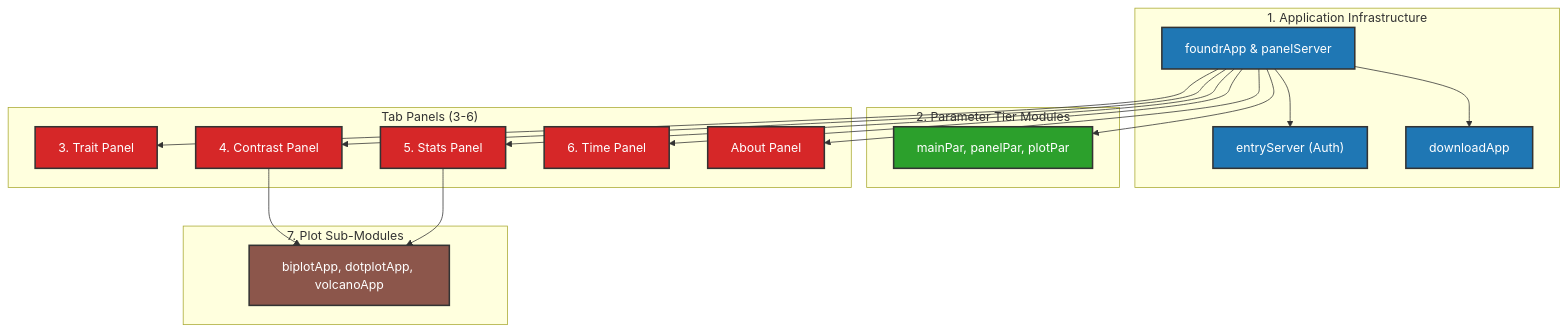
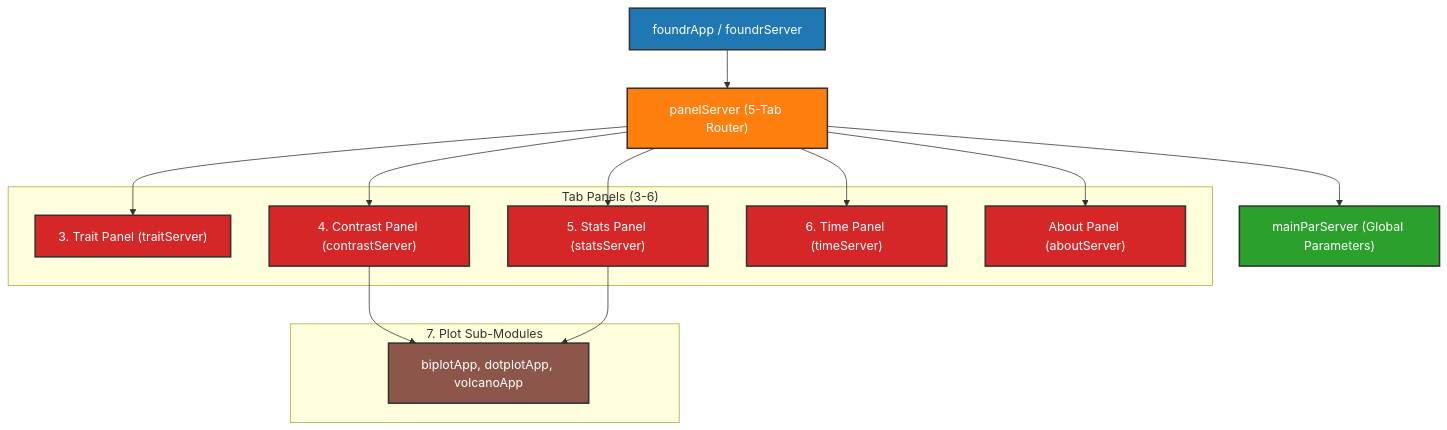
Before and after one commit to byandell-sysgen/foundrShiny: the first of 6 diagrams in vignettes/devel_guide/modules.Rmd, drawn with Mermaid.

Commit message:
module overview mermaid

````diff
--- a/vignettes/devel_guide/modules.Rmd
+++ b/vignettes/devel_guide/modules.Rmd
@@ -43,46 +43,43 @@
 ```mermaid
 flowchart TD
-    subgraph Infra["1. Application Infrastructure"]
-        app["foundrApp & panelServer"]
-        entry["entryServer (Auth)"]
-        download["downloadApp"]
-    end
+    foundrApp["foundrApp / foundrServer"]
+    panelServer["panelServer (5-Tab Router)"]
 
-    subgraph Params["2. Parameter Tier Modules"]
-        params["mainPar, panelPar, plotPar"]
-    end
+    mainParServer["mainParServer (Global Parameters)"]
 
     subgraph Panels["Tab Panels (3-6)"]
-        trait["3. Trait Panel"]
-        contrast["4. Contrast Panel"]
-        stats["5. Stats Panel"]
-        time["6. Time Panel"]
-        about["About Panel"]
+        traitServer["3. Trait Panel (traitServer)"]
+        contrastServer["4. Contrast Panel (contrastServer)"]
+        statsServer["5. Stats Panel (statsServer)"]
+        timeServer["6. Time Panel (timeServer)"]
+        aboutServer["About Panel (aboutServer)"]
     end
 
     subgraph Plots["7. Plot Sub-Modules"]
         plotMods["biplotApp, dotplotApp, volcanoApp"]
     end
 
-    app --> entry
-    app --> params
-    app --> trait
-    app --> contrast
-    app --> stats
-    app --> time
-    app --> about
-    app --> download
+    foundrApp --> panelServer
 
-    contrast --> plotMods
-    stats --> plotMods
+    panelServer --> mainParServer
+    panelServer --> traitServer
+    panelServer --> contrastServer
+    panelServer --> statsServer
+    panelServer --> timeServer
+    panelServer --> aboutServer
 
-    classDef infra fill:#1f77b4,stroke:#333,stroke-width:2px,color:#fff
+    contrastServer --> plotMods
+    statsServer --> plotMods
+
+    classDef entry fill:#1f77b4,stroke:#333,stroke-width:2px,color:#fff
+    classDef router fill:#ff7f0e,stroke:#333,stroke-width:2px,color:#fff
     classDef param fill:#2ca02c,stroke:#333,stroke-width:2px,color:#fff
     classDef panel fill:#d62728,stroke:#333,stroke-width:2px,color:#fff
     classDef plot fill:#8c564b,stroke:#333,stroke-width:2px,color:#fff
 
-    class app,entry,download infra
-    class params param
-    class trait,contrast,stats,time,about panel
+    class foundrApp entry
+    class panelServer router
+    class mainParServer param
+    class traitServer,contrastServer,statsServer,timeServer,aboutServer panel
     class plotMods plot
 ```
````
